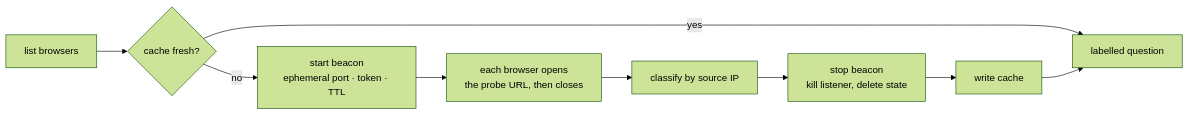
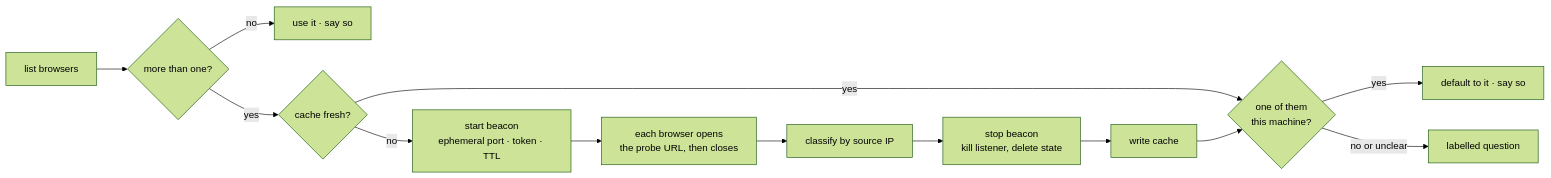
One commit to jhammant/chrome-pick-skill changed the diagram in README.md. Above: the diagram before and after it, drawn with Mermaid (forest theme). The commit also changed other lines of this file and 3 other files, not shown here.

````diff
--- a/README.md
+++ b/README.md
@@ -87,10 +116,14 @@
 ```mermaid
 flowchart LR
-  A[list browsers] --> B{cache fresh?}
-  B -->|yes| H[labelled question]
+  A[list browsers] --> N{more than one?}
+  N -->|no| U[use it · say so]
+  N -->|yes| B{cache fresh?}
+  B -->|yes| H{one of them<br/>this machine?}
   B -->|no| D[start beacon<br/>ephemeral port · token · TTL]
   D --> E[each browser opens<br/>the probe URL, then closes]
   E --> F[classify by source IP]
   F --> G[stop beacon<br/>kill listener, delete state]
   G --> I[write cache] --> H
+  H -->|yes| V[default to it · say so]
+  H -->|no or unclear| Q[labelled question]
 ```
````
